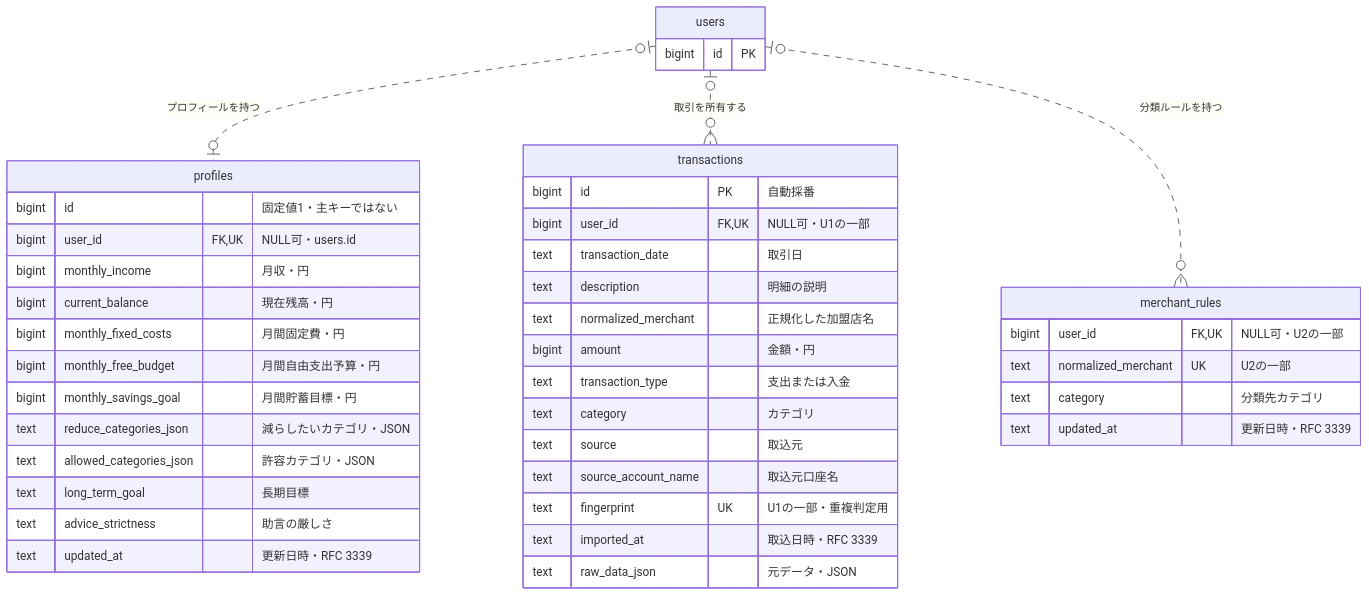
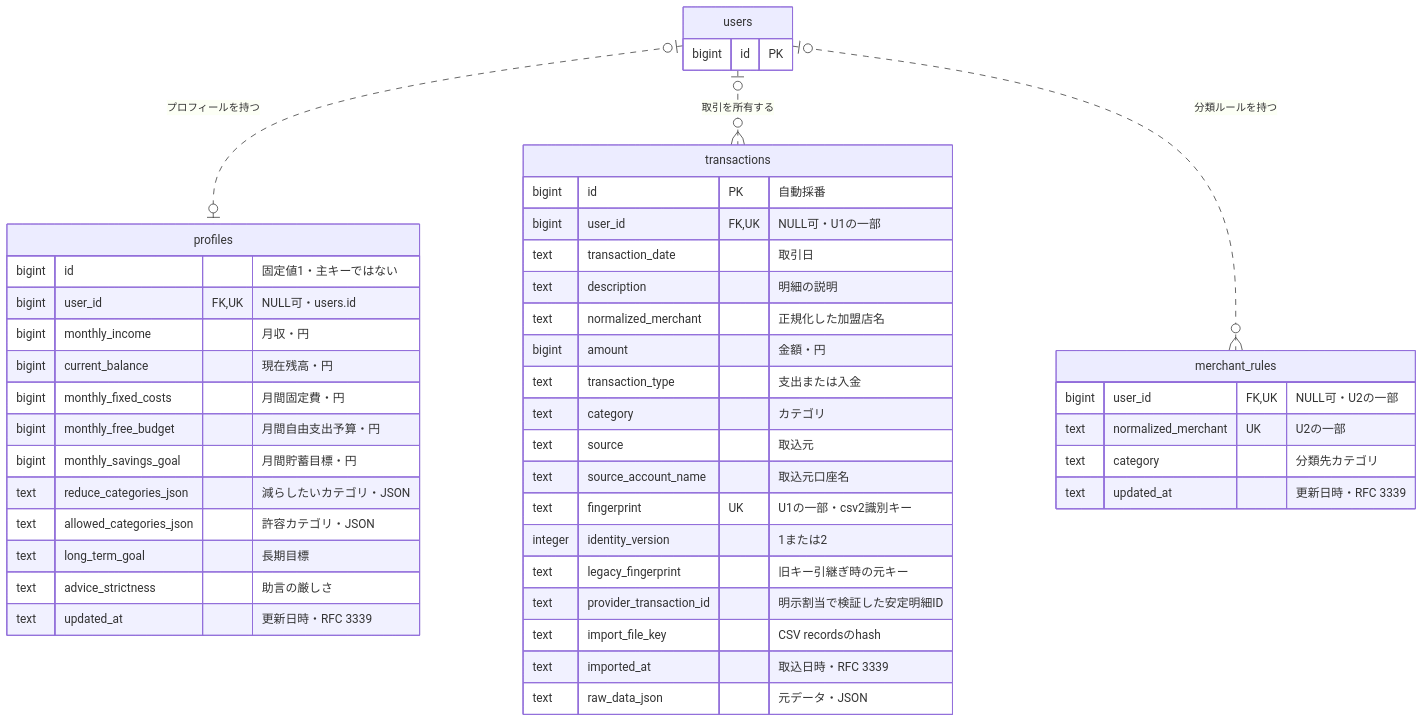
Before and after one commit to shuichiro-hayafuji/arran: the second of 6 diagrams in docs/ER_DIAGRAM.md, drawn with Mermaid. The commit also changed other lines of this file and 40 other files, not shown here.

````diff
--- a/docs/ER_DIAGRAM.md
+++ b/docs/ER_DIAGRAM.md
@@ -104,45 +104,49 @@
 ```mermaid
 erDiagram
     users |o..o| profiles : "プロフィールを持つ"
     users |o..o{ transactions : "取引を所有する"
     users |o..o{ merchant_rules : "分類ルールを持つ"
 
     users {
         bigint id PK
     }
     profiles {
         bigint id "固定値1・主キーではない"
         bigint user_id FK, UK "NULL可・users.id"
         bigint monthly_income "月収・円"
         bigint current_balance "現在残高・円"
         bigint monthly_fixed_costs "月間固定費・円"
         bigint monthly_free_budget "月間自由支出予算・円"
         bigint monthly_savings_goal "月間貯蓄目標・円"
         text reduce_categories_json "減らしたいカテゴリ・JSON"
         text allowed_categories_json "許容カテゴリ・JSON"
         text long_term_goal "長期目標"
         text advice_strictness "助言の厳しさ"
         text updated_at "更新日時・RFC 3339"
     }
     transactions {
         bigint id PK "自動採番"
         bigint user_id FK, UK "NULL可・U1の一部"
         text transaction_date "取引日"
         text description "明細の説明"
         text normalized_merchant "正規化した加盟店名"
         bigint amount "金額・円"
         text transaction_type "支出または入金"
         text category "カテゴリ"
         text source "取込元"
         text source_account_name "取込元口座名"
-        text fingerprint UK "U1の一部・重複判定用"
+        text fingerprint UK "U1の一部・csv2識別キー"
+        integer identity_version "1または2"
+        text legacy_fingerprint "旧キー引継ぎ時の元キー"
+        text provider_transaction_id "明示割当で検証した安定明細ID"
+        text import_file_key "CSV recordsのhash"
         text imported_at "取込日時・RFC 3339"
         text raw_data_json "元データ・JSON"
     }
     merchant_rules {
         bigint user_id FK, UK "NULL可・U2の一部"
         text normalized_merchant UK "U2の一部"
         text category "分類先カテゴリ"
         text updated_at "更新日時・RFC 3339"
     }
 ```
````
